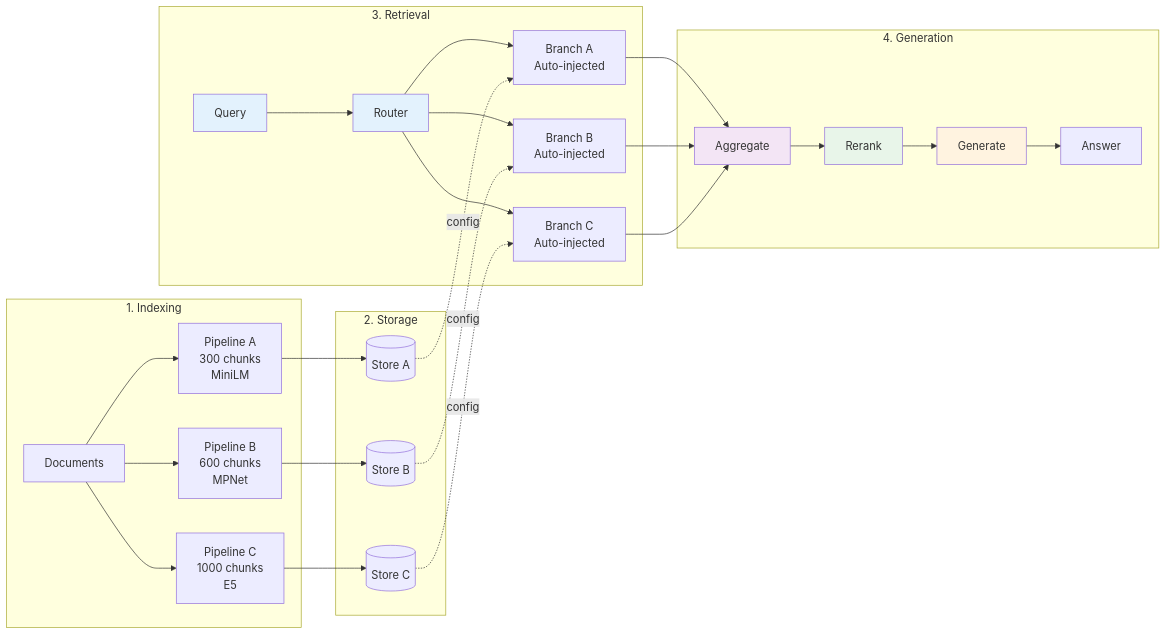
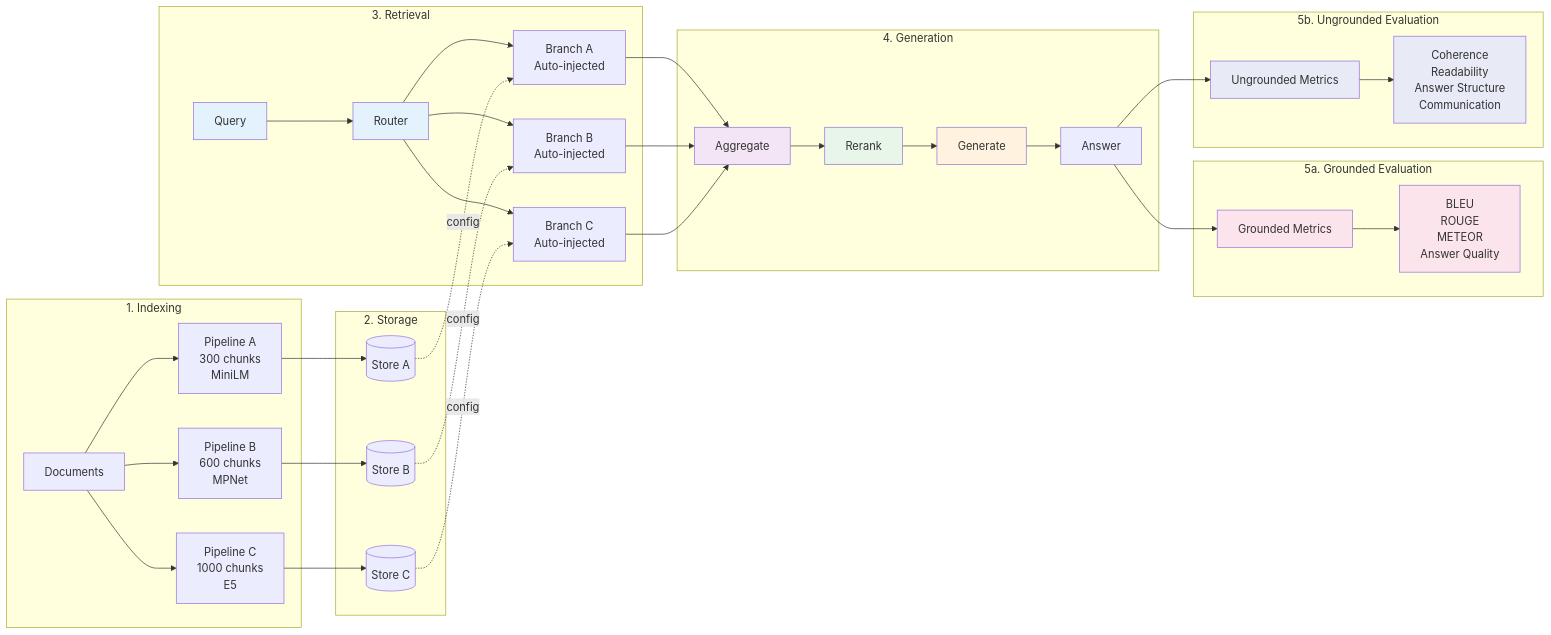
Before and after one commit to arkhai-io/agentic-rag-green: the diagram in README.md, drawn with Mermaid. The commit also changed other lines of this file, not shown here.

Commit message:
docs: add evaluation stages and strategy comparison section to README

````diff
--- a/README.md
+++ b/README.md
@@ -20,37 +20,51 @@
 ```mermaid
 graph LR
     subgraph "1. Indexing"
         Doc[Documents] --> P1[Pipeline A<br/>300 chunks<br/>MiniLM]
         Doc --> P2[Pipeline B<br/>600 chunks<br/>MPNet]
         Doc --> P3[Pipeline C<br/>1000 chunks<br/>E5]
     end
 
     subgraph "2. Storage"
         P1 --> S1[(Store A)]
         P2 --> S2[(Store B)]
         P3 --> S3[(Store C)]
     end
 
     subgraph "3. Retrieval"
         Q[Query] --> R[Router]
         R --> B1[Branch A<br/>Auto-injected]
         R --> B2[Branch B<br/>Auto-injected]
         R --> B3[Branch C<br/>Auto-injected]
         S1 -.config.-> B1
         S2 -.config.-> B2
         S3 -.config.-> B3
     end
 
     subgraph "4. Generation"
         B1 & B2 & B3 --> Agg[Aggregate]
         Agg --> Rank[Rerank]
         Rank --> Gen[Generate]
         Gen --> Ans[Answer]
     end
 
+    subgraph "5a. Grounded Evaluation"
+        Ans --> G[Grounded Metrics]
+        G --> GM[BLEU<br/>ROUGE<br/>METEOR<br/>Answer Quality]
+    end
+
+    subgraph "5b. Ungrounded Evaluation"
+        Ans --> U[Ungrounded Metrics]
+        U --> UM[Coherence<br/>Readability<br/>Answer Structure<br/>Communication]
+    end
+
     style Q fill:#e3f2fd
     style R fill:#e3f2fd
     style Agg fill:#f3e5f5
     style Rank fill:#e8f5e9
     style Gen fill:#fff3e0
+    style G fill:#fce4ec
+    style GM fill:#fce4ec
+    style U fill:#e8eaf6
+    style UM fill:#e8eaf6
 ```
````
